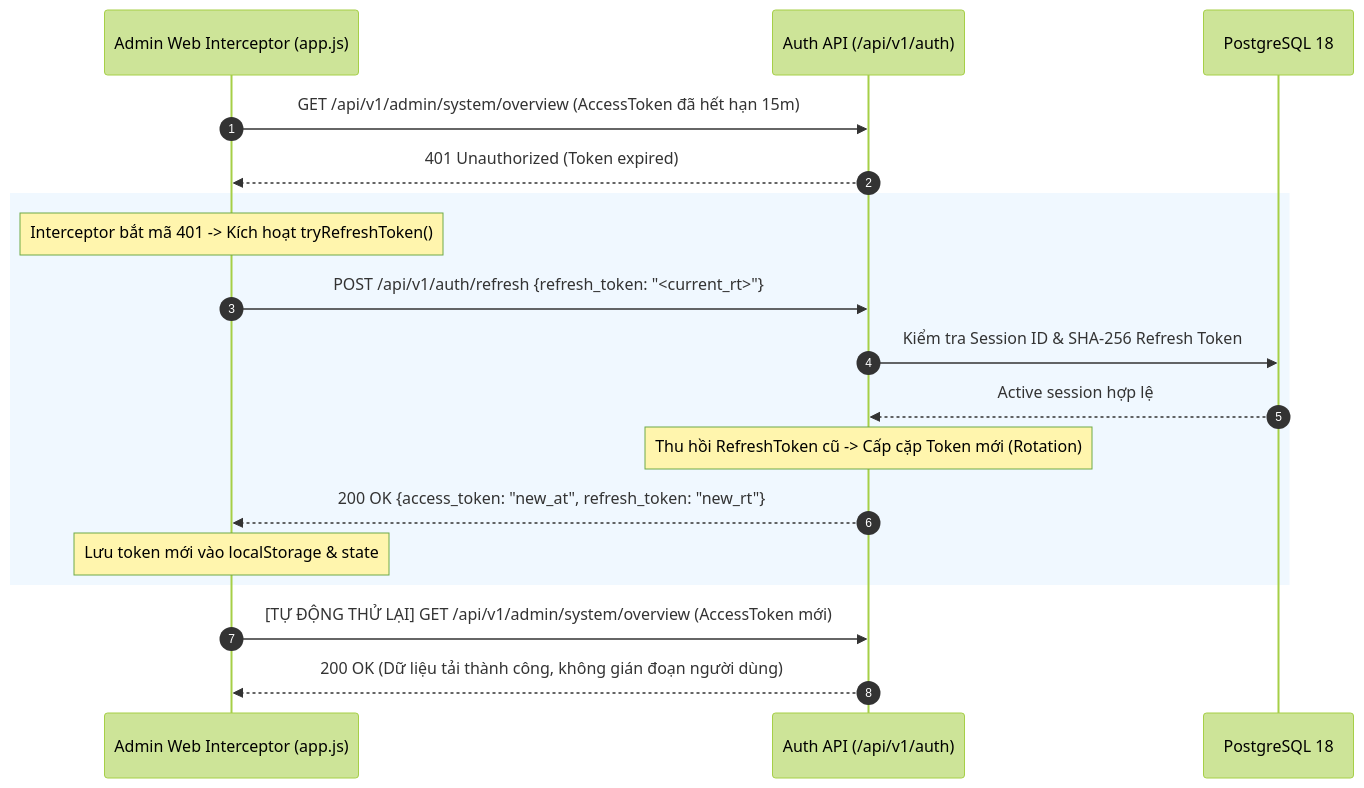
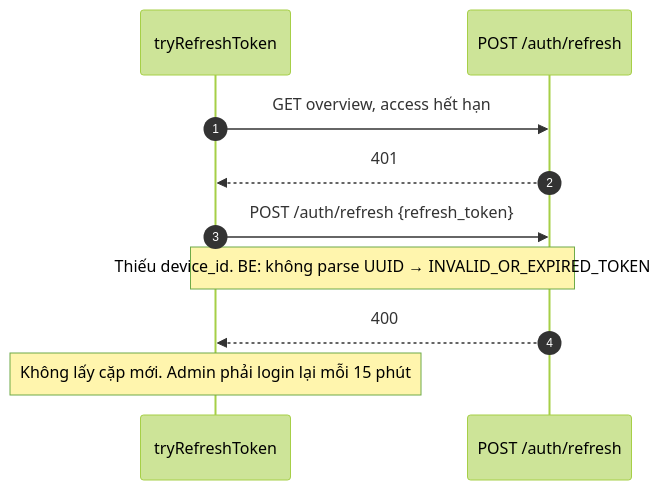
One commit to FintechVSF-Tranning/PaySplit-RP changed the fourth of 5 diagrams in flow/06-admin.md. Above: the diagram before and after it, drawn with Mermaid (forest theme). The commit also changed other lines of this file and 8 other files, not shown here.

````diff
--- a/flow/06-admin.md
+++ b/flow/06-admin.md
@@ -166,23 +139,13 @@
 ```mermaid
 sequenceDiagram
     autonumber
-    participant FE as Admin Web Interceptor (app.js)
-    participant BE as Auth API (/api/v1/auth)
-    participant DB as PostgreSQL 18
+    participant FE as tryRefreshToken
+    participant BE as POST /auth/refresh
 
-    FE->>BE: GET /api/v1/admin/system/overview (AccessToken đã hết hạn 15m)
-    BE-->>FE: 401 Unauthorized (Token expired)
-    
-    rect rgb(240, 248, 255)
-        Note over FE: Interceptor bắt mã 401 -> Kích hoạt tryRefreshToken()
-        FE->>BE: POST /api/v1/auth/refresh {refresh_token: "<current_rt>"}
-        BE->>DB: Kiểm tra Session ID & SHA-256 Refresh Token
-        DB-->>BE: Active session hợp lệ
-        Note over BE: Thu hồi RefreshToken cũ -> Cấp cặp Token mới (Rotation)
-        BE-->>FE: 200 OK {access_token: "new_at", refresh_token: "new_rt"}
-        Note over FE: Lưu token mới vào localStorage & state
-    end
-
-    FE->>BE: [TỰ ĐỘNG THỬ LẠI] GET /api/v1/admin/system/overview (AccessToken mới)
-    BE-->>FE: 200 OK (Dữ liệu tải thành công, không gián đoạn người dùng)
+    FE->>BE: GET overview, access hết hạn
+    BE-->>FE: 401
+    FE->>BE: POST /auth/refresh {refresh_token}
+    Note over FE,BE: Thiếu device_id. BE: không parse UUID → INVALID_OR_EXPIRED_TOKEN
+    BE-->>FE: 400
+    Note over FE: Không lấy cặp mới. Admin phải login lại mỗi 15 phút
 ```
````
